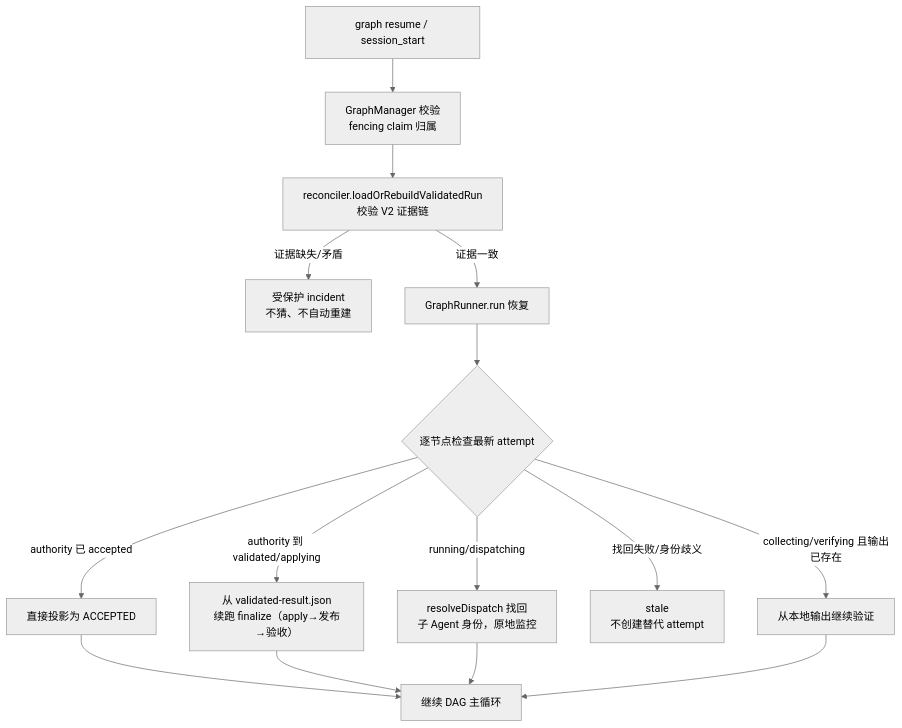
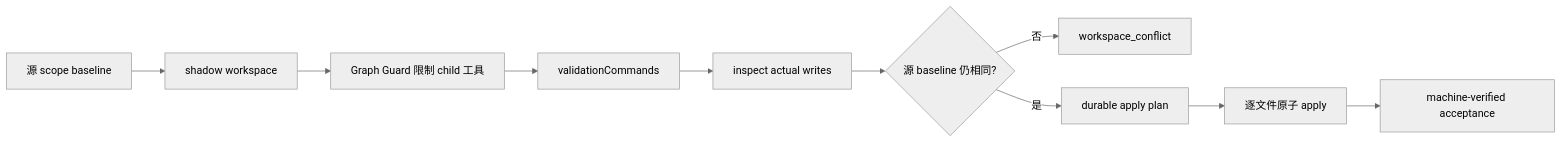
One commit to HeathHe/pi-graph changed the fourth of 4 diagrams in docs/graph-architecture.md. Above: the diagram before and after it, drawn with Mermaid (neutral theme). The commit also changed other lines of this file and 122 other files, not shown here.

````diff
--- a/docs/graph-architecture.md
+++ b/docs/graph-architecture.md
@@ -83,17 +180,12 @@
 ```mermaid
-flowchart TD
-    A["graph resume / session_start"] --> B["GraphManager 校验<br/>fencing claim 归属"]
-    B --> C["reconciler.loadOrRebuildValidatedRun<br/>校验 V2 证据链"]
-    C -->|证据缺失/矛盾| INC["受保护 incident<br/>不猜、不自动重建"]
-    C -->|证据一致| D["GraphRunner.run 恢复"]
-    D --> E{"逐节点检查最新 attempt"}
-    E -->|authority 已 accepted| P1["直接投影为 ACCEPTED"]
-    E -->|authority 到 validated/applying| P2["从 validated-result.json<br/>续跑 finalize（apply→发布→验收）"]
-    E -->|running/dispatching| P3["resolveDispatch 找回<br/>子 Agent 身份，原地监控"]
-    E -->|找回失败/身份歧义| P4["stale<br/>不创建替代 attempt"]
-    E -->|collecting/verifying 且输出已存在| P5["从本地输出继续验证"]
-    P1 --> F["继续 DAG 主循环"]
-    P2 --> F
-    P3 --> F
-    P5 --> F
+flowchart LR
+  A["源 scope baseline"] --> B["shadow workspace"]
+  B --> C["Graph Guard 限制 child 工具"]
+  C --> D["validationCommands"]
+  D --> E["inspect actual writes"]
+  E --> F{"源 baseline 仍相同?"}
+  F -->|否| G["workspace_conflict"]
+  F -->|是| H["durable apply plan"]
+  H --> I["逐文件原子 apply"]
+  I --> J["machine-verified acceptance"]
 ```
````
